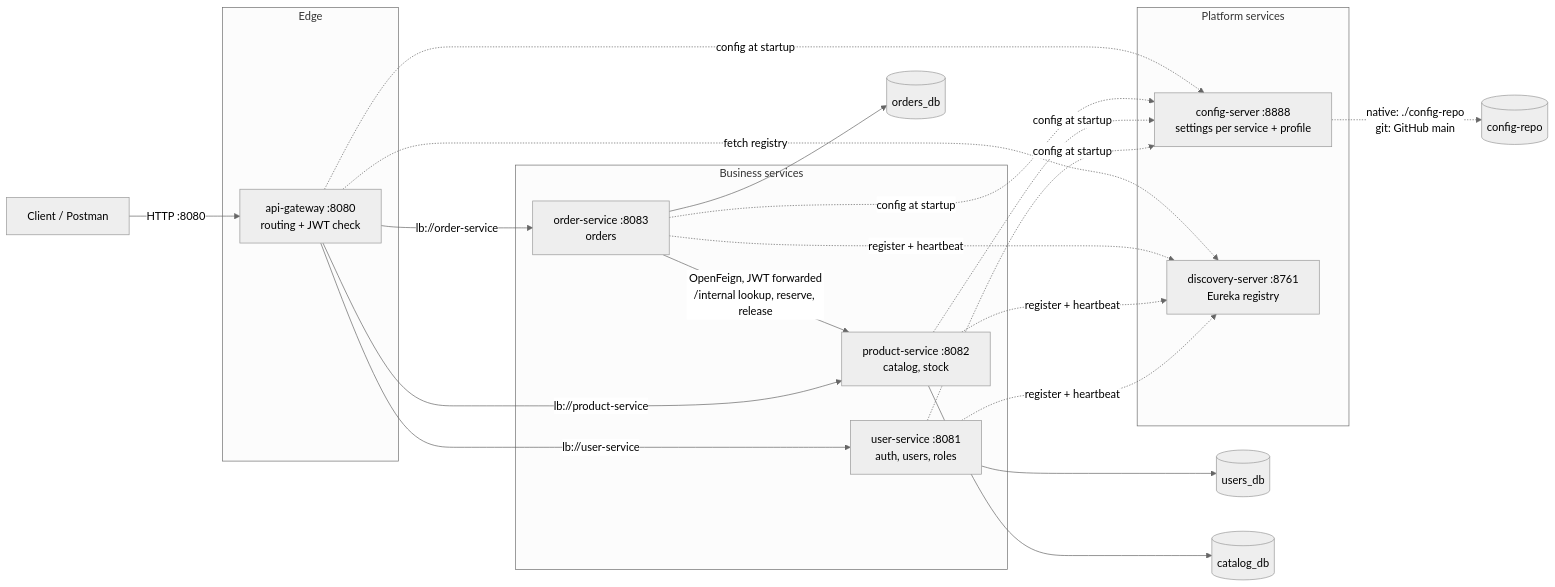
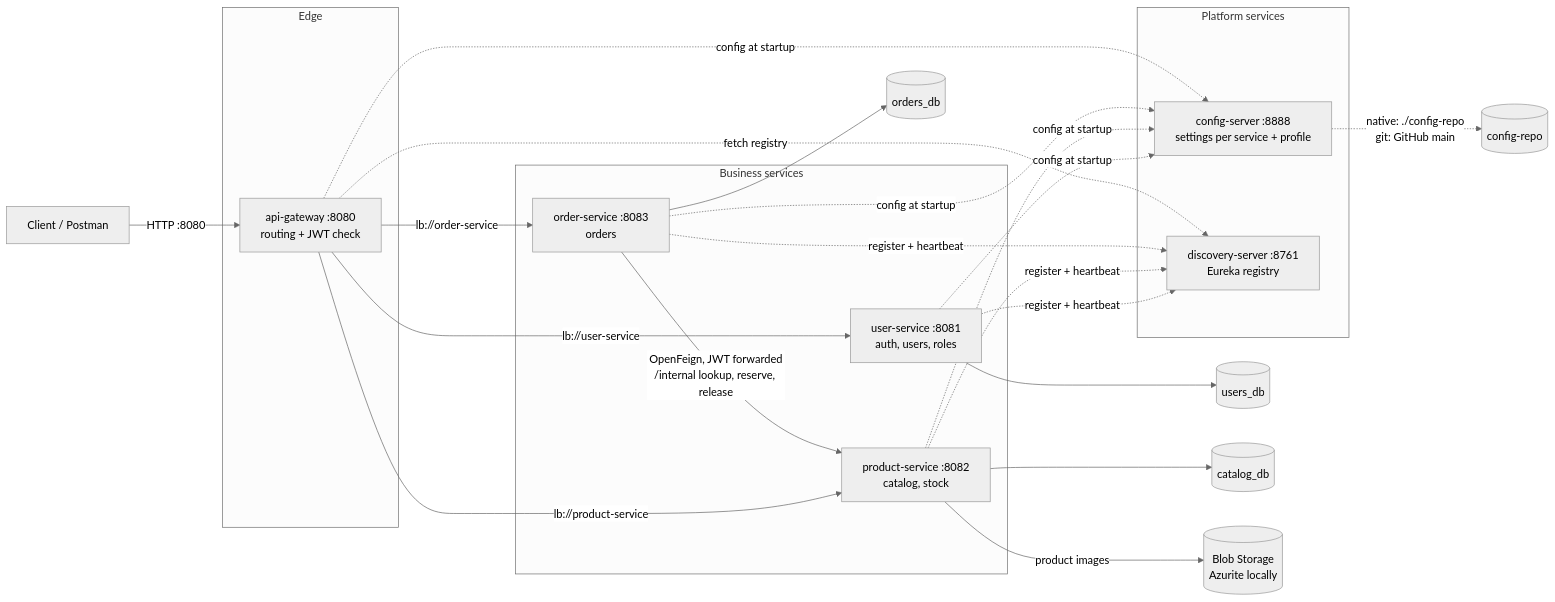
One commit to YangM123321/ecommerce-platform changed the first of 5 diagrams in docs/architecture.md. Above: the diagram before and after it, drawn with Mermaid (neutral theme). The commit also changed other lines of this file and 43 other files, not shown here.

Commit message:
Session 5: product images in Blob Storage, Kubernetes manifests, Azure scripts

````diff
--- a/docs/architecture.md
+++ b/docs/architecture.md
@@ -8,39 +11,40 @@
 ```mermaid
 flowchart LR
     client["Client / Postman"] -->|"HTTP :8080"| gw
 
     subgraph edge[Edge]
         gw["api-gateway :8080<br/>routing + JWT check"]
     end
 
     subgraph platform[Platform services]
         cfg["config-server :8888<br/>settings per service + profile"]
         eur["discovery-server :8761<br/>Eureka registry"]
     end
 
     subgraph business[Business services]
         us["user-service :8081<br/>auth, users, roles"]
         ps["product-service :8082<br/>catalog, stock"]
         os["order-service :8083<br/>orders"]
     end
 
     gw -->|"lb://user-service"| us
     gw -->|"lb://product-service"| ps
     gw -->|"lb://order-service"| os
     os -->|"OpenFeign, JWT forwarded<br/>/internal lookup, reserve, release"| ps
 
     us -.->|register + heartbeat| eur
     ps -.->|register + heartbeat| eur
     os -.->|register + heartbeat| eur
     gw -.->|fetch registry| eur
 
     us -.->|config at startup| cfg
     ps -.->|config at startup| cfg
     os -.->|config at startup| cfg
     gw -.->|config at startup| cfg
     cfg -.->|"native: ./config-repo<br/>git: GitHub main"| repo[("config-repo")]
 
     us --> udb[("users_db")]
     ps --> pdb[("catalog_db")]
+    ps -->|product images| blob[("Blob Storage<br/>Azurite locally")]
     os --> odb[("orders_db")]
 ```
````
